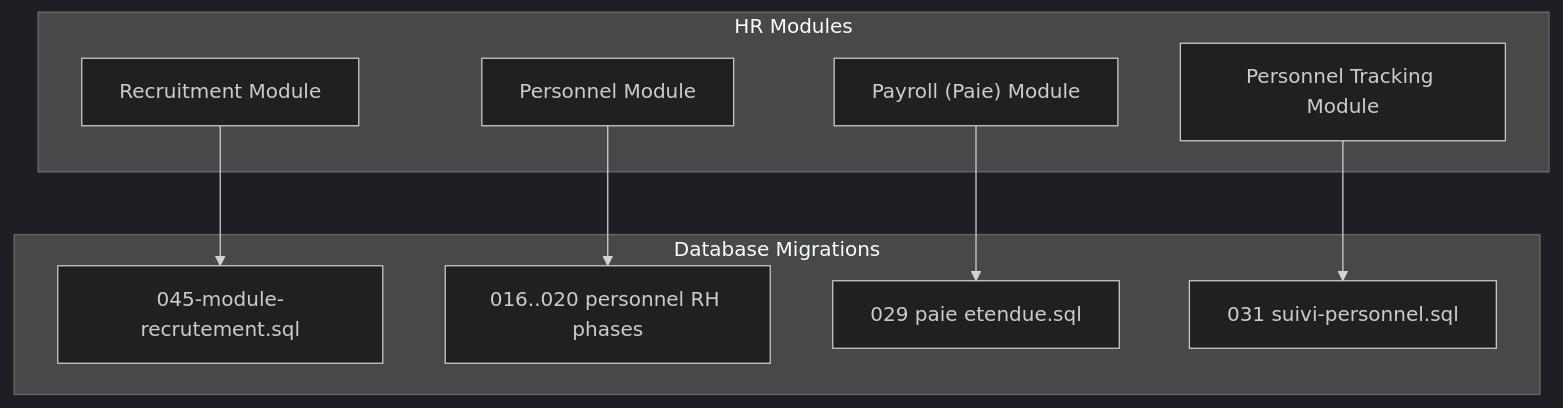
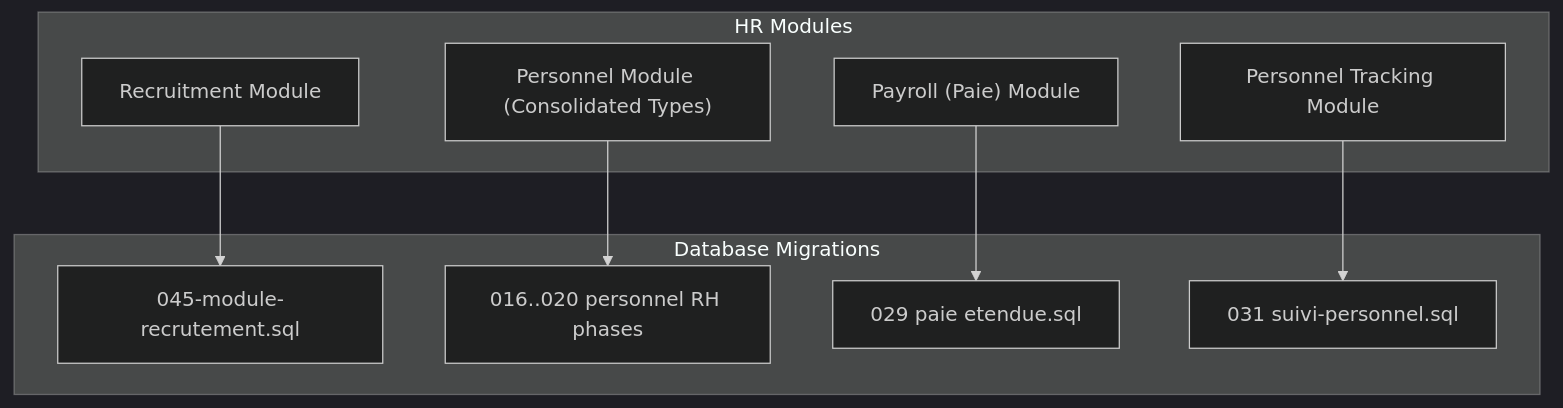
Before and after one commit to franckylab/eLISAschool: the first of 8 diagrams in .qoder/repowiki/en/content/API Reference/Human Resources API/Human Resources API.md, drawn with Mermaid (dark theme). The commit also changed other lines of this file and 85 other files, not shown here.

````diff
--- a/.qoder/repowiki/en/content/API Reference/Human Resources API/Human Resources API.md
+++ b/.qoder/repowiki/en/content/API Reference/Human Resources API/Human Resources API.md
@@ -48,19 +57,19 @@
 ```mermaid
 graph TB
 subgraph "HR Modules"
 R["Recruitment Module"]
-P["Personnel Module"]
+P["Personnel Module (Consolidated Types)"]
 PA["Payroll (Paie) Module"]
 S["Personnel Tracking Module"]
 end
 subgraph "Database Migrations"
 M1["045-module-recrutement.sql"]
 M2["016..020 personnel RH phases"]
 M3["029 paie etendue.sql"]
 M4["031 suivi-personnel.sql"]
 end
 R --> M1
 P --> M2
 PA --> M3
 S --> M4
 ```
````
